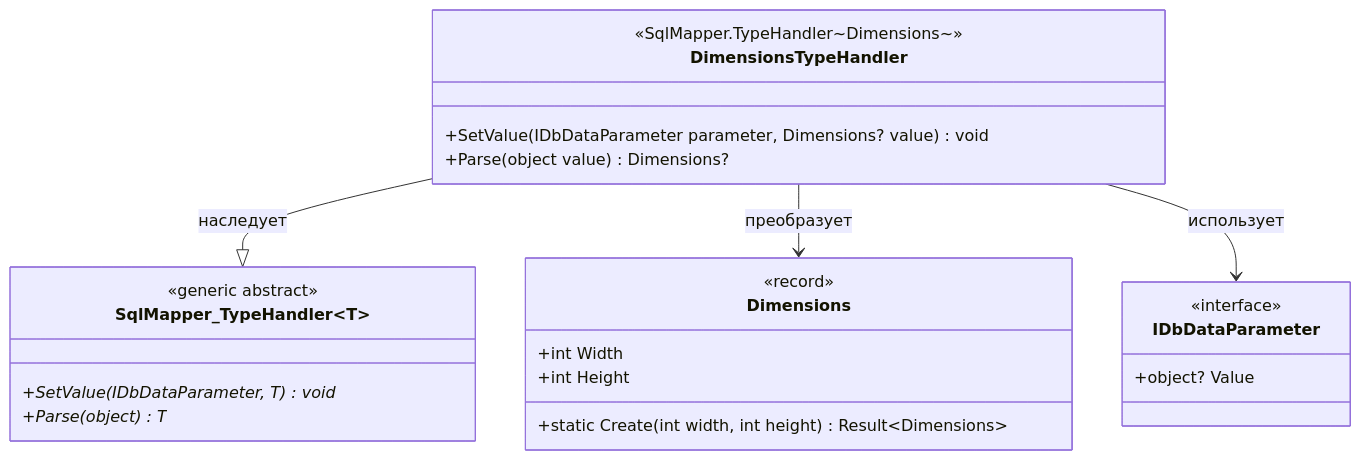
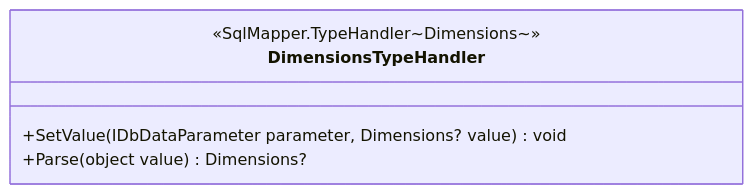
The diagram in docs/diagrams/infrastructure/DimensionsTypeHandler.md (college-top-vrn/PhotoCatalog), drawn with Mermaid before and after one commit.

`````diff
--- a/docs/diagrams/infrastructure/DimensionsTypeHandler.md
+++ b/docs/diagrams/infrastructure/DimensionsTypeHandler.md
@@ -1,30 +1,8 @@
 ````mermaid
 classDiagram
     class DimensionsTypeHandler {
         <<SqlMapper.TypeHandler~Dimensions~>>
         +SetValue(IDbDataParameter parameter, Dimensions? value) void
         +Parse(object value) Dimensions?
     }
-
-    class Dimensions {
-        <<record>>
-        +int Width
-        +int Height
-        +static Create(int width, int height) Result~Dimensions~
-    }
-
-    class IDbDataParameter {
-        <<interface>>
-        +object? Value
-    }
-
-    class SqlMapper_TypeHandler~T~ {
-        <<generic abstract>>
-        +SetValue(IDbDataParameter, T) void*
-        +Parse(object) T*
-    }
-
-    DimensionsTypeHandler --|> SqlMapper_TypeHandler~Dimensions~ : наследует
-    DimensionsTypeHandler --> Dimensions : преобразует
-    DimensionsTypeHandler --> IDbDataParameter : использует
 ````
`````
